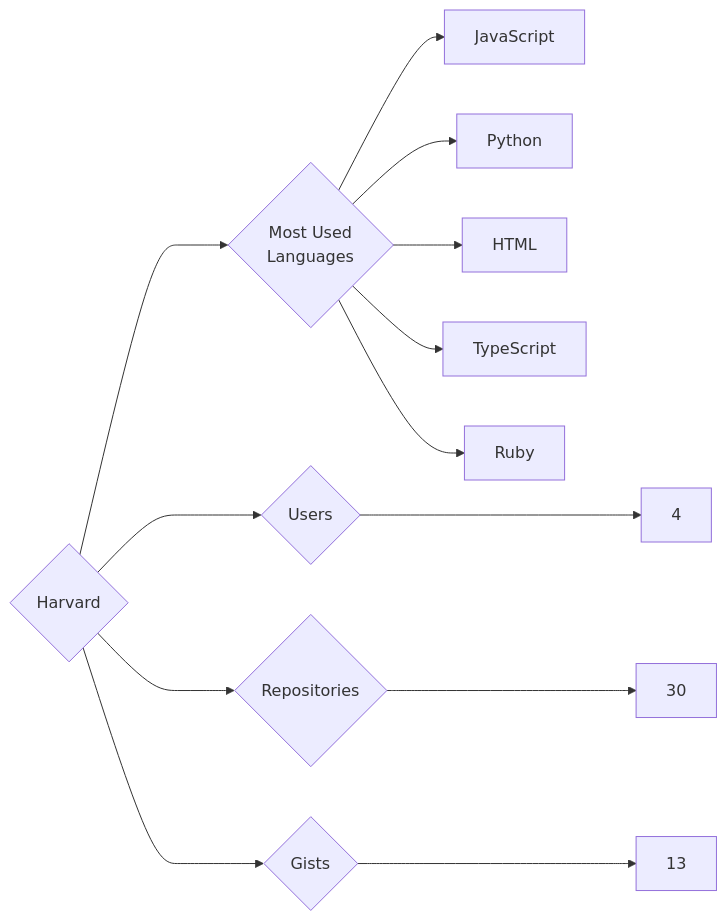
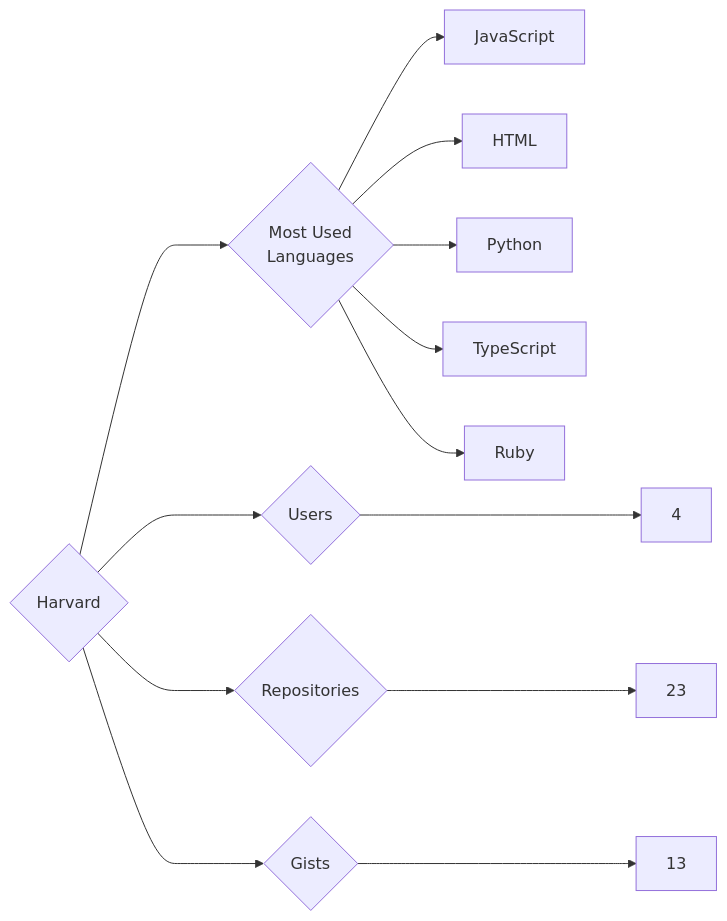
Before and after one commit to trickest/insiders: the diagram in targets/Harvard/README.md, drawn with Mermaid. The commit also changed 1055 other files, not shown here.

````diff
--- a/targets/Harvard/README.md
+++ b/targets/Harvard/README.md
@@ -3,13 +3,13 @@
 ```mermaid
 graph LR
 COMPANY_NAME{Harvard}
 COMPANY_NAME ---> U{Users} ---> UN[4]
-COMPANY_NAME ---> R{Repositories} ---> RN[30]
+COMPANY_NAME ---> R{Repositories} ---> RN[23]
 COMPANY_NAME ---> G{Gists} ---> GN[13]
 COMPANY_NAME ---> ML{Most Used<br>Languages}
 ML --> JavaScript[JavaScript]
+ML --> HTML[HTML]
 ML --> Python[Python]
-ML --> HTML[HTML]
 ML --> TypeScript[TypeScript]
 ML --> Ruby[Ruby]
 ```
````
